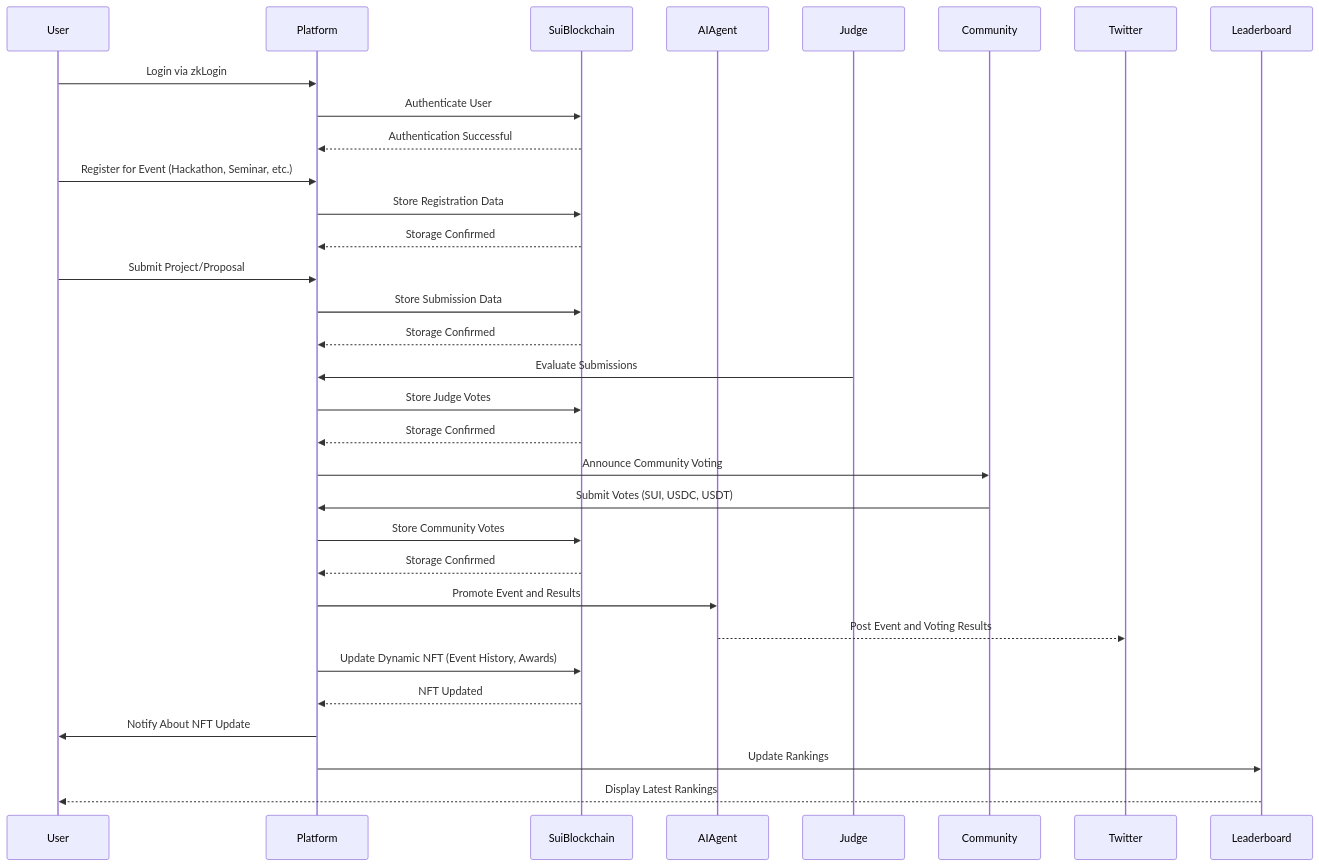
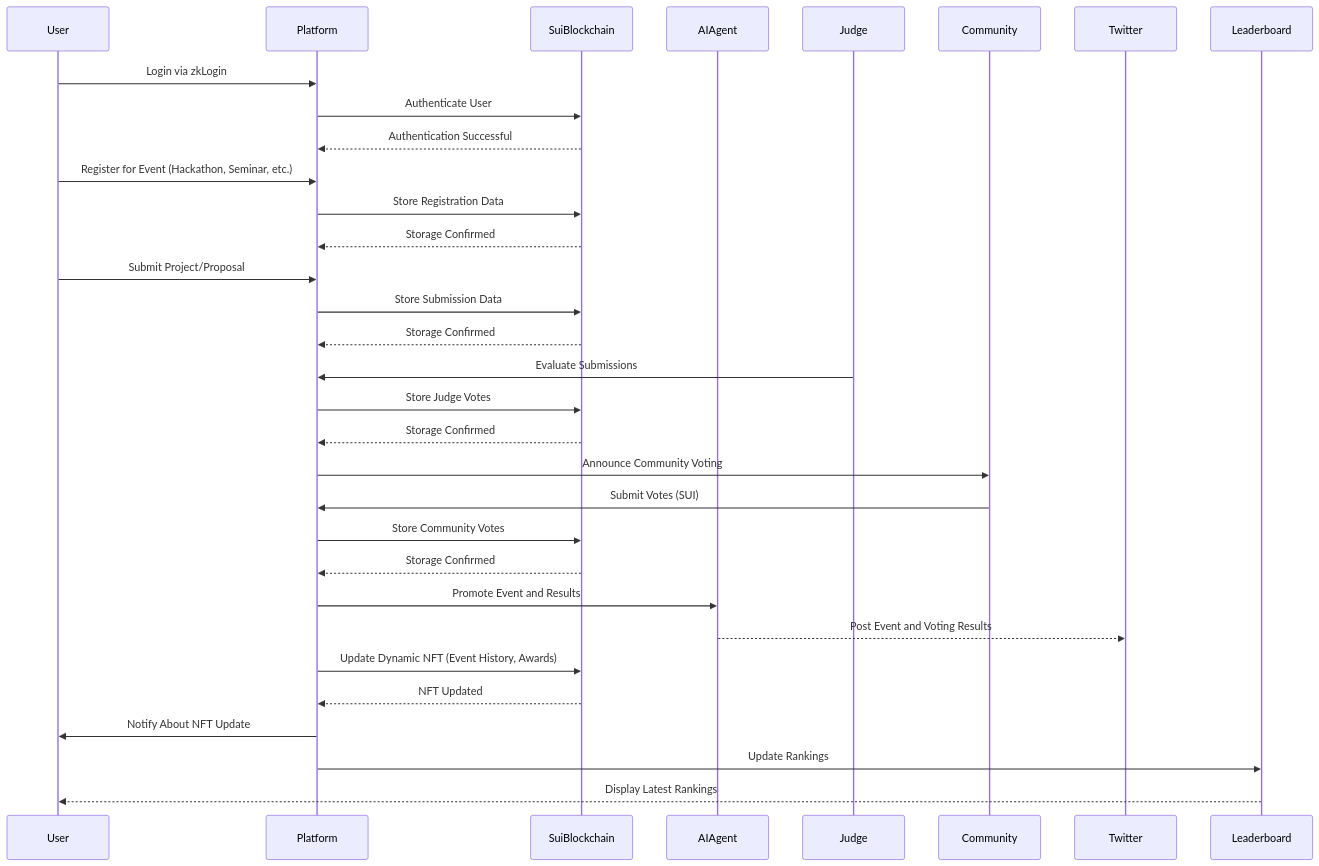
Before and after one commit to Banksy-w/SeaYa: the second of 2 diagrams in README.md, drawn with Mermaid. The commit also changed other lines of this file, not shown here.

````diff
--- a/README.md
+++ b/README.md
@@ -84,41 +84,41 @@
 ```mermaid
 sequenceDiagram
     participant User
     participant Platform
     participant SuiBlockchain
     participant AIAgent
     participant Judge
     participant Community
 
     User ->> Platform: Login via zkLogin
     Platform ->> SuiBlockchain: Authenticate User
     SuiBlockchain -->> Platform: Authentication Successful
 
     User ->> Platform: Register for Event (Hackathon, Seminar, etc.)
     Platform ->> SuiBlockchain: Store Registration Data
     SuiBlockchain -->> Platform: Storage Confirmed
 
     User ->> Platform: Submit Project/Proposal
     Platform ->> SuiBlockchain: Store Submission Data
     SuiBlockchain -->> Platform: Storage Confirmed
 
     Judge ->> Platform: Evaluate Submissions
     Platform ->> SuiBlockchain: Store Judge Votes
     SuiBlockchain -->> Platform: Storage Confirmed
 
     Platform ->> Community: Announce Community Voting
-    Community ->> Platform: Submit Votes (SUI, USDC, USDT)
+    Community ->> Platform: Submit Votes (SUI)
     Platform ->> SuiBlockchain: Store Community Votes
     SuiBlockchain -->> Platform: Storage Confirmed
 
     Platform ->> AIAgent: Promote Event and Results
     AIAgent -->> Twitter: Post Event and Voting Results
 
     Platform ->> SuiBlockchain: Update Dynamic NFT (Event History, Awards)
     SuiBlockchain -->> Platform: NFT Updated
 
     Platform ->> User: Notify About NFT Update
     Platform ->> Leaderboard: Update Rankings
     Leaderboard -->> User: Display Latest Rankings
 
 ```
````
